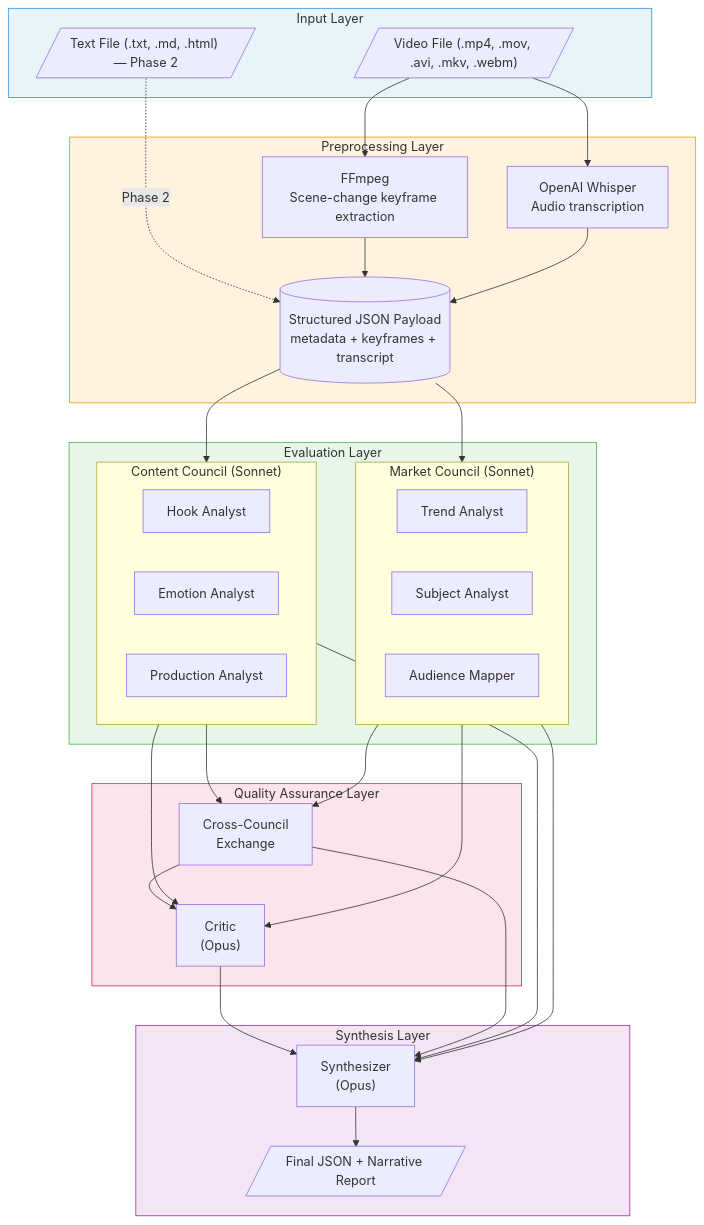
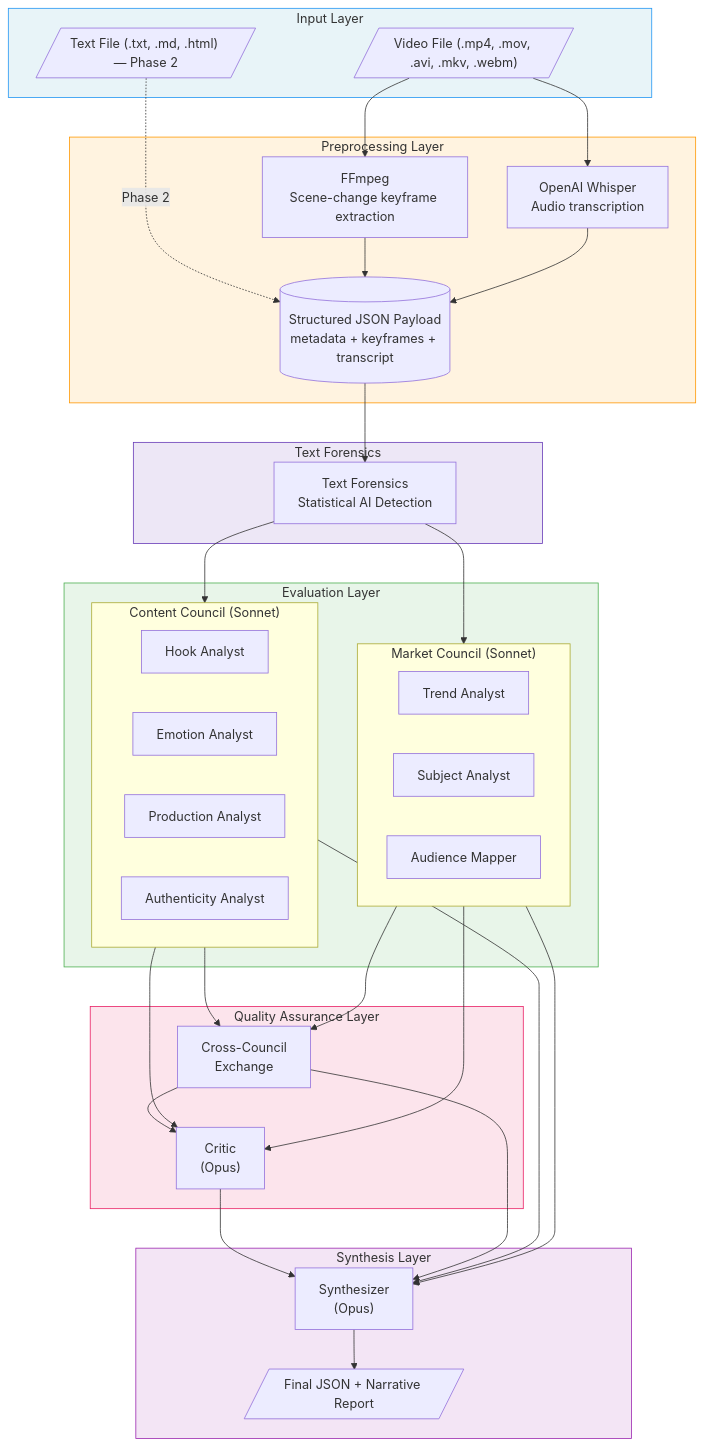
One commit to SacredWizard/themis changed the first of 13 diagrams in design/ARCHITECTURE.md. Above: the diagram before and after it, drawn with Mermaid. The commit also changed other lines of this file and 3 other files, not shown here.

````diff
--- a/design/ARCHITECTURE.md
+++ b/design/ARCHITECTURE.md
@@ -39,65 +39,72 @@
 ```mermaid
 flowchart TB
     subgraph Input["Input Layer"]
         V[/"Video File (.mp4, .mov, .avi, .mkv, .webm)"/]
         T[/"Text File (.txt, .md, .html) — Phase 2"/]
     end
 
     subgraph Preprocess["Preprocessing Layer"]
         FF["FFmpeg<br/>Scene-change keyframe extraction"]
         WH["OpenAI Whisper<br/>Audio transcription"]
         PL[("Structured JSON Payload<br/>metadata + keyframes + transcript")]
     end
 
     subgraph Evaluation["Evaluation Layer"]
         subgraph CC["Content Council (Sonnet)"]
             HA["Hook Analyst"]
             EA["Emotion Analyst"]
             PA["Production Analyst"]
+            AA["Authenticity Analyst"]
         end
         subgraph MC["Market Council (Sonnet)"]
             TA["Trend Analyst"]
             SA["Subject Analyst"]
             AM["Audience Mapper"]
         end
     end
 
     subgraph QA["Quality Assurance Layer"]
         XC["Cross-Council<br/>Exchange"]
         CR["Critic<br/>(Opus)"]
     end
 
     subgraph Synthesis["Synthesis Layer"]
         SY["Synthesizer<br/>(Opus)"]
         OUT[/"Final JSON + Narrative Report"/]
     end
 
+    subgraph ForensicsLayer["Text Forensics"]
+        TF["Text Forensics<br/>Statistical AI Detection"]
+    end
+
     V --> FF
     V --> WH
     T -.->|Phase 2| PL
     FF --> PL
     WH --> PL
 
-    PL --> CC
-    PL --> MC
+    PL --> TF
+    TF --> CC
+    TF --> MC
 
     CC --> XC
     MC --> XC
 
     XC --> CR
     CC --> CR
     MC --> CR
 
     CR --> SY
     CC --> SY
     MC --> SY
     XC --> SY
 
     SY --> OUT
 
     style Input fill:#e8f4f8,stroke:#2196F3
     style Preprocess fill:#fff3e0,stroke:#FF9800
     style Evaluation fill:#e8f5e9,stroke:#4CAF50
     style QA fill:#fce4ec,stroke:#E91E63
+    style ForensicsLayer fill:#ede7f6,stroke:#673AB7
     style Synthesis fill:#f3e5f5,stroke:#9C27B0
 ```
````
